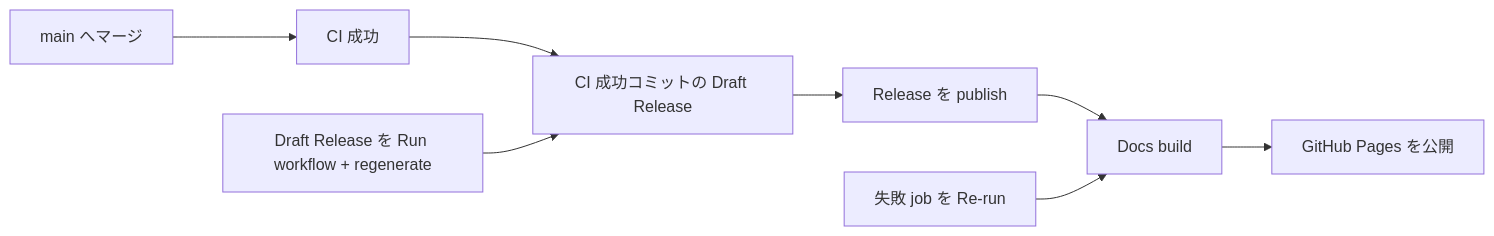
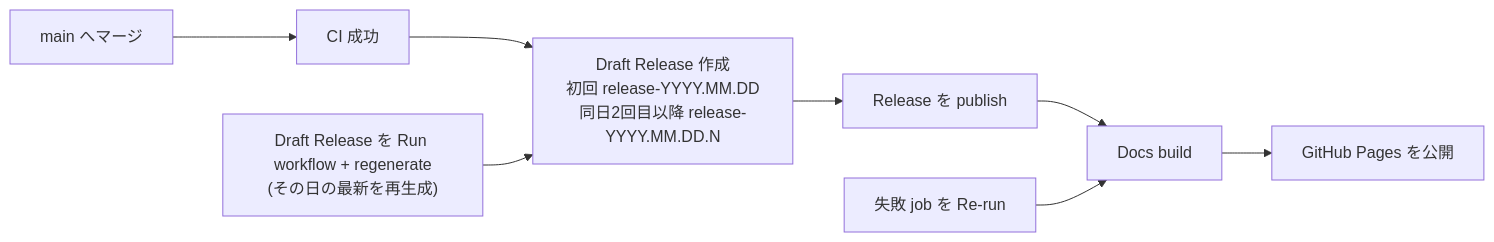
Before and after one commit to Mushus/blender-addons: the diagram in CONTRIBUTING.md, drawn with Mermaid. The commit also changed other lines of this file and 16 other files, not shown here.

Commit message:
fix deploy flow

````diff
--- a/CONTRIBUTING.md
+++ b/CONTRIBUTING.md
@@ -102,9 +102,9 @@
 ```mermaid
 flowchart LR
   main["main へマージ"] --> ci["CI 成功"]
-  ci --> draft["Draft Release 作成"]
-  draft["CI 成功コミットの Draft Release"] --> publish["Release を publish"]
+  ci --> draft["Draft Release 作成<br/>初回 release-YYYY.MM.DD<br/>同日2回目以降 release-YYYY.MM.DD.N"]
+  draft --> publish["Release を publish"]
   publish --> pagesBuild["Docs build"] --> pagesDeploy["GitHub Pages を公開"]
-  recover["Draft Release を Run workflow + regenerate"] --> draft
+  recover["Draft Release を Run workflow + regenerate<br/>(その日の最新を再生成)"] --> draft
   retry["失敗 job を Re-run"] --> pagesBuild
 ```
````
